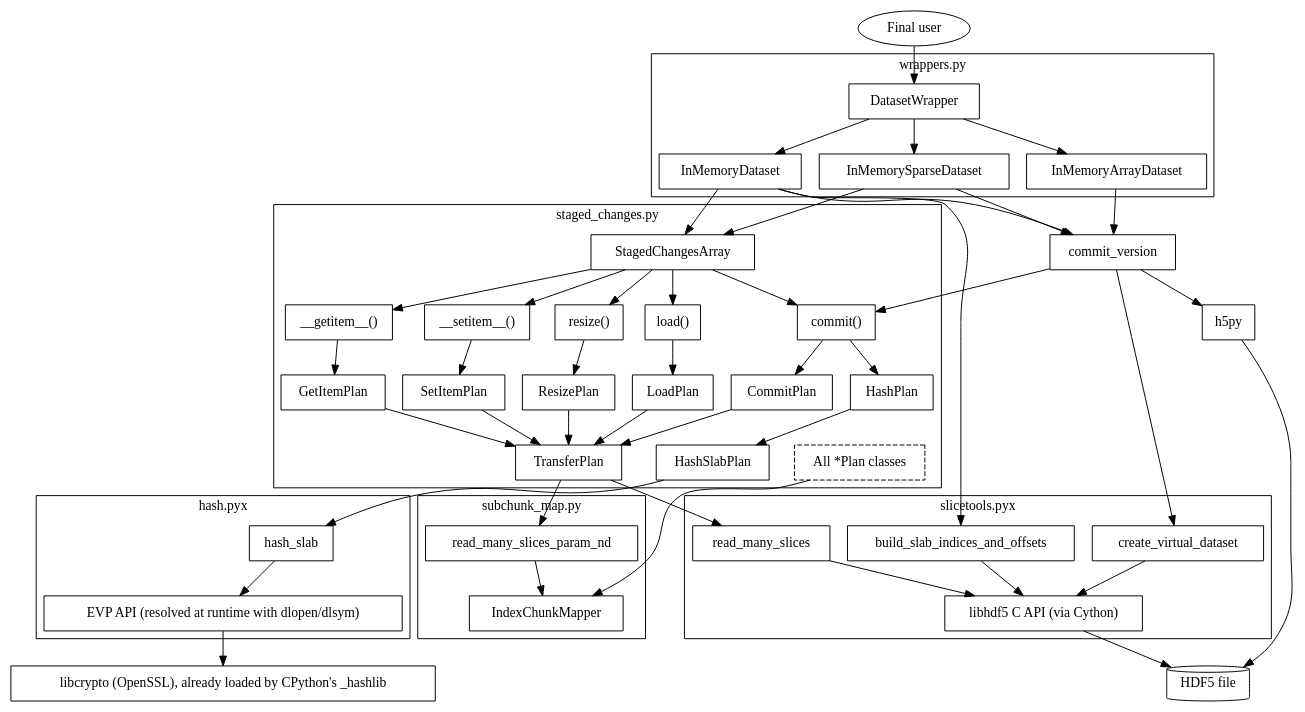
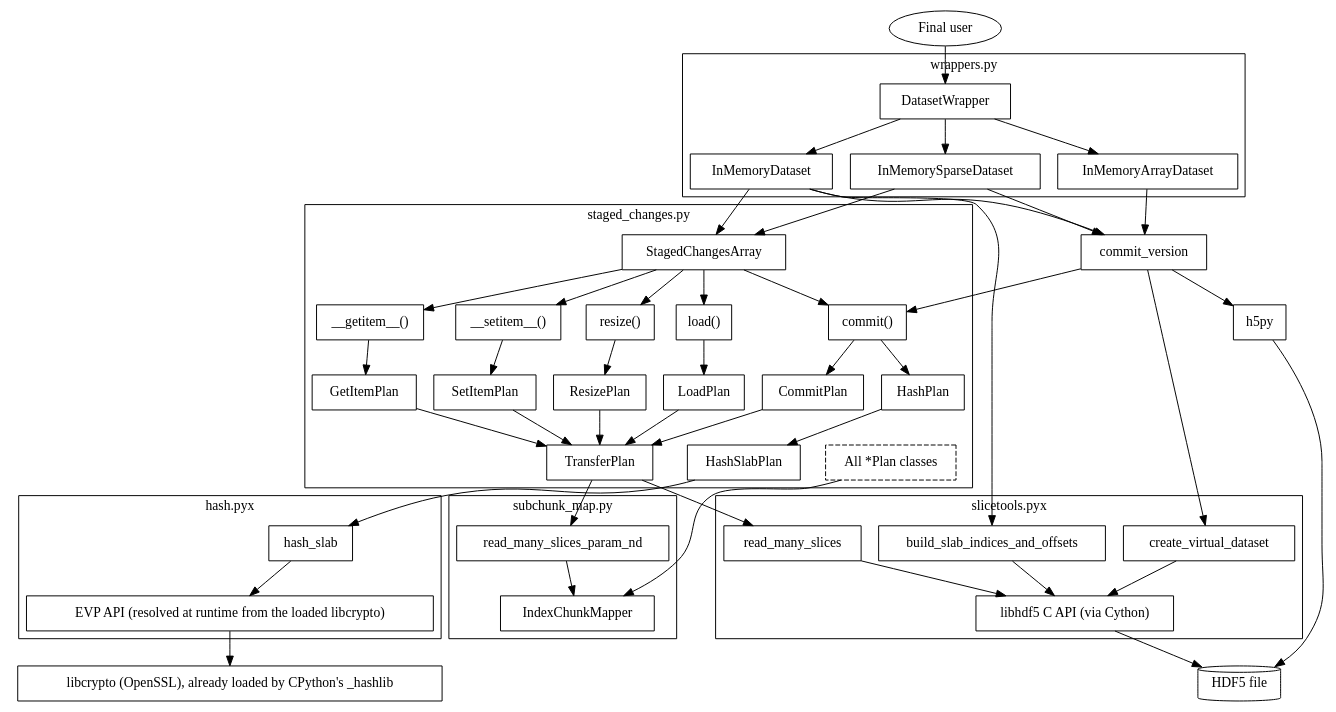
The diagram in docs/staged_changes.rst (deshaw/versioned-hdf5), drawn with Graphviz before and after one commit. The commit also changed other lines of this file and 8 other files, not shown here.

```diff
--- a/docs/staged_changes.rst
+++ b/docs/staged_changes.rst
@@ -562,7 +562,7 @@
       subgraph cluster_4 {
           label="hash.pyx";
           hash_slab;
-          libcrypto_api [label="EVP API (resolved at runtime with dlopen/dlsym)"]
+          libcrypto_api [label="EVP API (resolved at runtime from the loaded libcrypto)"]
       }
 
       libcrypto [label="libcrypto (OpenSSL), already loaded by CPython's _hashlib"];
```
